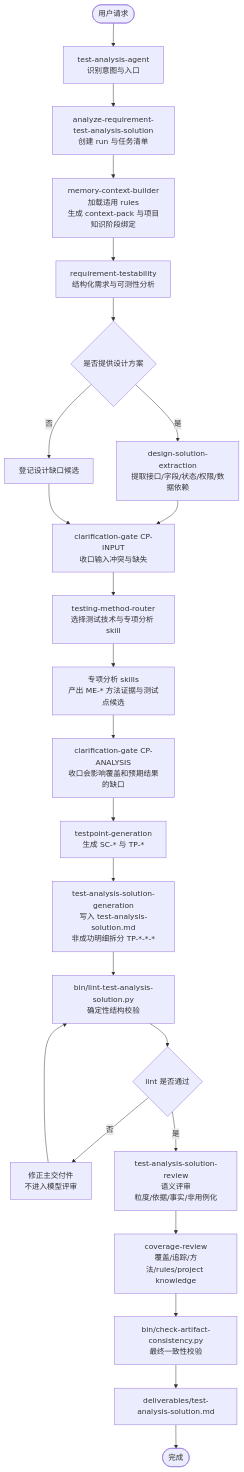
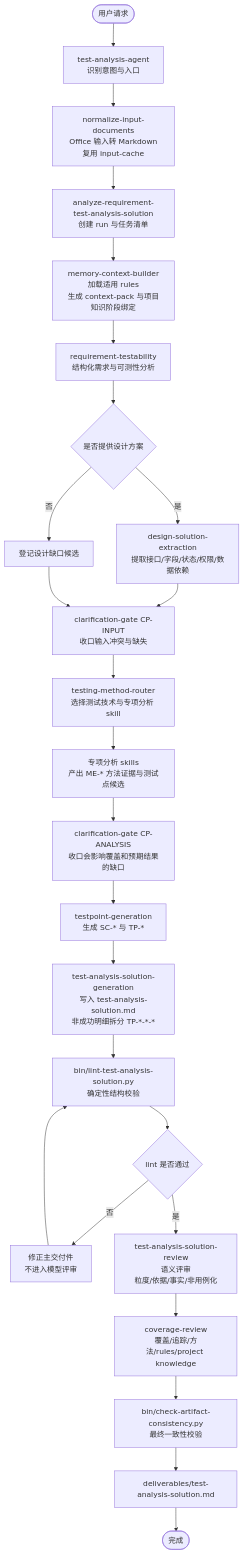
The second of 2 diagrams in docs/test-analysis-agent-design.md (szluoqy-byte/Test-Analysis-Agent-MM), drawn with Mermaid before and after one commit. The commit also changed other lines of this file and 28 other files, not shown here.

Commit message:
feat: add office input normalization

````diff
--- a/docs/test-analysis-agent-design.md
+++ b/docs/test-analysis-agent-design.md
@@ -109,27 +109,28 @@
 ```mermaid
 flowchart TD
   start([用户请求])
   start --> agent[test-analysis-agent<br/>识别意图与入口]
-  agent --> main[analyze-requirement-test-analysis-solution<br/>创建 run 与任务清单]
+  agent --> normalize["normalize-input-documents<br/>Office 输入转 Markdown<br/>复用 input-cache"]
+  normalize --> main[analyze-requirement-test-analysis-solution<br/>创建 run 与任务清单]
   main --> ctx[memory-context-builder<br/>加载适用 rules<br/>生成 context-pack 与项目知识阶段绑定]
   ctx --> req[requirement-testability<br/>结构化需求与可测性分析]
   req --> hasDesign{是否提供设计方案}
   hasDesign -- 是 --> design[design-solution-extraction<br/>提取接口/字段/状态/权限/数据依赖]
   hasDesign -- 否 --> designGap[登记设计缺口候选]
   design --> cpInput[clarification-gate CP-INPUT<br/>收口输入冲突与缺失]
   designGap --> cpInput
   cpInput --> route[testing-method-router<br/>选择测试技术与专项分析 skill]
   route --> methods[专项分析 skills<br/>产出 ME-* 方法证据与测试点候选]
   methods --> cpAnalysis[clarification-gate CP-ANALYSIS<br/>收口会影响覆盖和预期结果的缺口]
   cpAnalysis --> tp[testpoint-generation<br/>生成 SC-* 与 TP-*]
   tp --> analysis[test-analysis-solution-generation<br/>写入 test-analysis-solution.md<br/>非成功明细拆分 TP-*-*-*]
   analysis --> lint[bin/lint-test-analysis-solution.py<br/>确定性结构校验]
   lint --> lintDecision{lint 是否通过}
   lintDecision -- 否 --> fix[修正主交付件<br/>不进入模型评审]
   fix --> lint
   lintDecision -- 是 --> review[test-analysis-solution-review<br/>语义评审<br/>粒度/依据/事实/非用例化]
   review --> coverage[coverage-review<br/>覆盖/追踪/方法/rules/project knowledge]
   coverage --> consistency[bin/check-artifact-consistency.py<br/>最终一致性校验]
   consistency --> output[deliverables/test-analysis-solution.md]
   output --> finish([完成])
 ```
````
